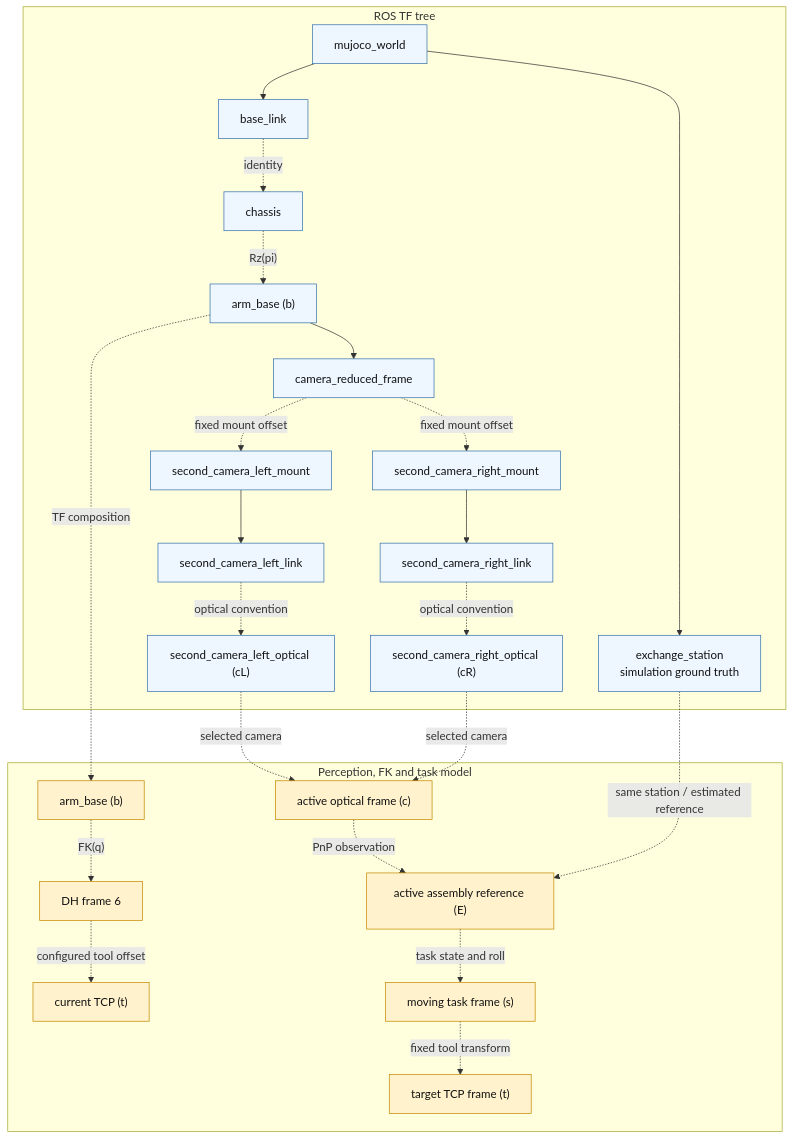
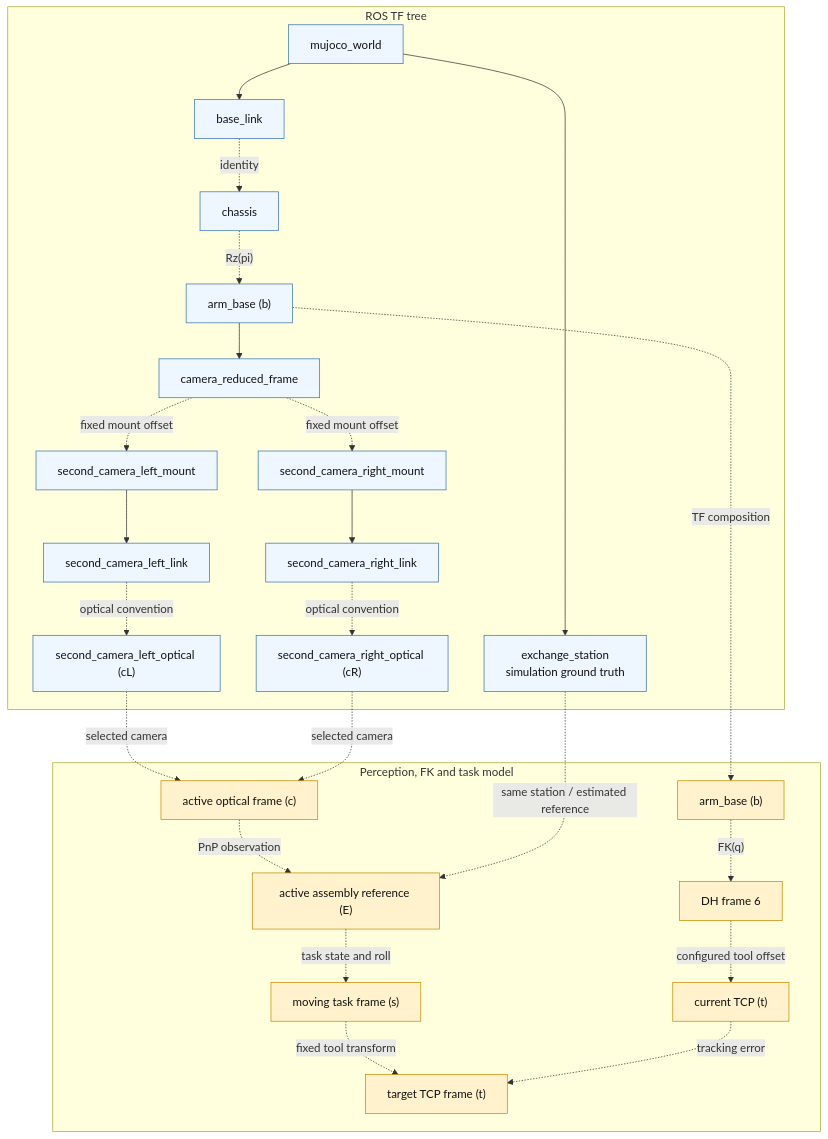
One commit to hkustenterprize/RM2026-Engineer-Assembly-Algorithm changed the diagram in runtime/sim/arm_exchange_sim/README.md. Above: the diagram before and after it, drawn with Mermaid. The commit also changed other lines of this file, not shown here.

Commit message:
clarify current and target TCP relation

````diff
--- a/runtime/sim/arm_exchange_sim/README.md
+++ b/runtime/sim/arm_exchange_sim/README.md
@@ -141,34 +141,35 @@
 ```mermaid
 flowchart TD
   subgraph tf["ROS TF tree"]
     world["mujoco_world"] --> base["base_link"]
     world --> station_gt["exchange_station<br/> simulation ground truth"]
     base -. identity .-> chassis["chassis"]
     chassis -. "Rz(pi)" .-> arm["arm_base (b)"]
     arm --> reduced["camera_reduced_frame"]
     reduced -. fixed mount offset .-> lm["second_camera_left_mount"]
     reduced -. fixed mount offset .-> rm["second_camera_right_mount"]
     lm --> ll["second_camera_left_link"]
     rm --> rl["second_camera_right_link"]
     ll -. optical convention .-> lo["second_camera_left_optical (cL)"]
     rl -. optical convention .-> ro["second_camera_right_optical (cR)"]
   end
 
   subgraph model["Perception, FK and task model"]
     optical["active optical frame (c)"] -. "PnP observation" .-> reference["active assembly reference (E)"]
     arm_model["arm_base (b)"] -. "FK(q)" .-> frame6["DH frame 6"]
     frame6 -. "configured tool offset" .-> tcp["current TCP (t)"]
     reference -. "task state and roll" .-> task["moving task frame (s)"]
     task -. "fixed tool transform" .-> target["target TCP frame (t)"]
+    tcp -. "tracking error" .-> target
   end
 
   station_gt -. "same station / estimated reference" .-> reference
   lo -. "selected camera" .-> optical
   ro -. "selected camera" .-> optical
   arm -. "TF composition" .-> arm_model
 
   classDef tfFrame fill:#eef6ff,stroke:#3973ac,color:#111;
   classDef modelFrame fill:#fff2cc,stroke:#c58a00,color:#111;
   class world,base,station_gt,chassis,arm,reduced,lm,rm,ll,rl,lo,ro tfFrame;
   class optical,reference,arm_model,frame6,tcp,task,target modelFrame;
 ```
````
